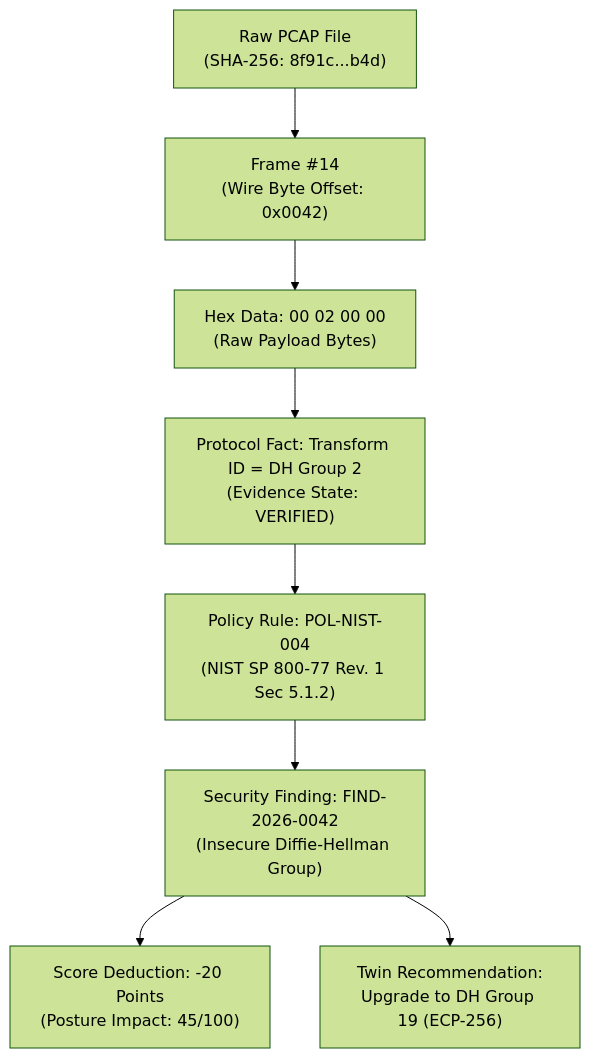
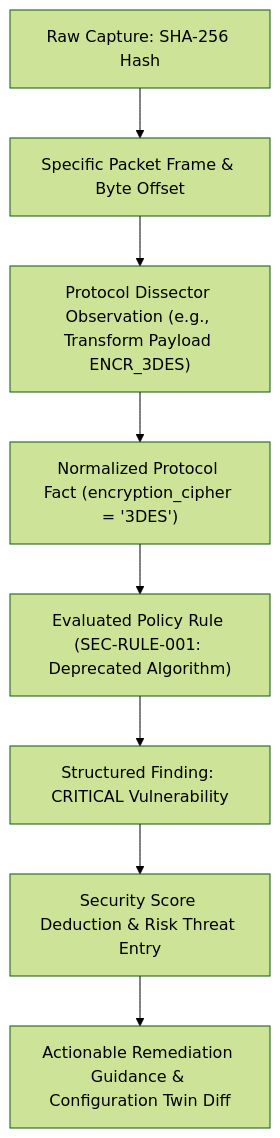
Before and after one commit to sharancode3/TunnelTrace-AI: the eighth of 14 diagrams in docs/TUNNELTRACE_AI_MASTER_DOCUMENT.md, drawn with Mermaid (forest theme). The commit also changed other lines of this file, not shown here.

Commit message:
docs: update mentor master document with 60-part structure, markdown tables, and validated mermaid diagrams

````diff
--- a/docs/TUNNELTRACE_AI_MASTER_DOCUMENT.md
+++ b/docs/TUNNELTRACE_AI_MASTER_DOCUMENT.md
@@ -632,10 +740,10 @@
 ```mermaid
 graph TD
-    PCAP["Raw PCAP File<br/>(SHA-256: 8f91c...b4d)"] --> FRAME["Frame #14<br/>(Wire Byte Offset: 0x0042)"]
-    FRAME --> HEX["Hex Data: 00 02 00 00<br/>(Raw Payload Bytes)"]
-    HEX --> FACT["Protocol Fact: Transform ID = DH Group 2<br/>(Evidence State: VERIFIED)"]
-    FACT --> RULE["Policy Rule: POL-NIST-004<br/>(NIST SP 800-77 Rev. 1 Sec 5.1.2)"]
-    RULE --> FINDING["Security Finding: FIND-2026-0042<br/>(Insecure Diffie-Hellman Group)"]
-    FINDING --> SCORE["Score Deduction: -20 Points<br/>(Posture Impact: 45/100)"]
-    FINDING --> TWIN["Twin Recommendation:<br/>Upgrade to DH Group 19 (ECP-256)"]
+    A["Raw Capture: SHA-256 Hash"] --> B["Specific Packet Frame & Byte Offset"]
+    B --> C["Protocol Dissector Observation (e.g., Transform Payload ENCR_3DES)"]
+    C --> D["Normalized Protocol Fact (encryption_cipher = '3DES')"]
+    D --> E["Evaluated Policy Rule (SEC-RULE-001: Deprecated Algorithm)"]
+    E --> F["Structured Finding: CRITICAL Vulnerability"]
+    F --> G["Security Score Deduction & Risk Threat Entry"]
+    G --> H["Actionable Remediation Guidance & Configuration Twin Diff"]
 ```
````
